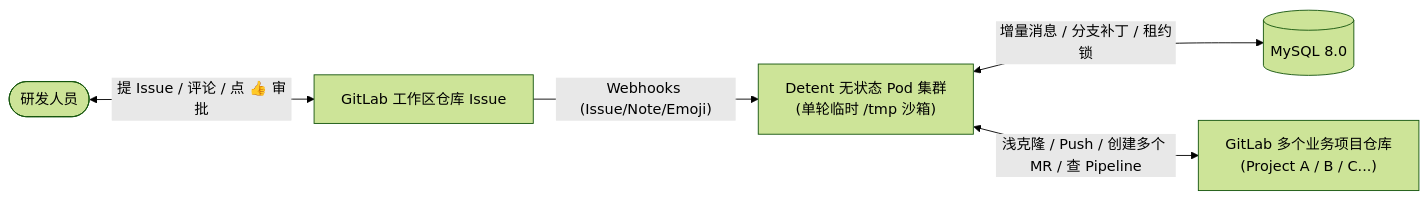
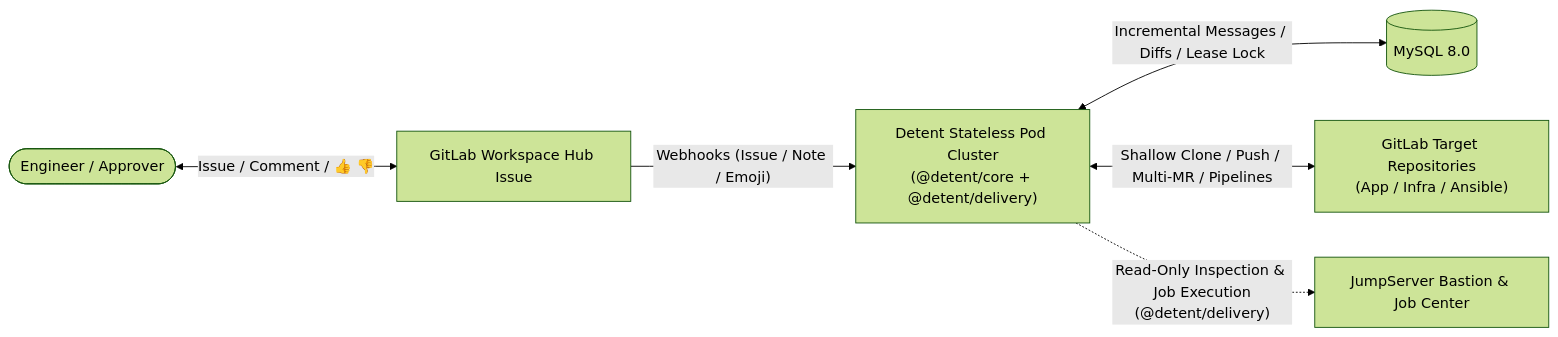
One commit to hallucination-studio/detent changed the diagram in README.md. Above: the diagram before and after it, drawn with Mermaid (forest theme). The commit also changed other lines of this file and 2 other files, not shown here.

Commit message:
ci: add GitHub Actions workflow and bilingual README

````diff
--- a/README.md
+++ b/README.md
@@ -38,7 +56,8 @@
 ```mermaid
 flowchart LR
-    User(["研发人员"]) <-->|"提 Issue / 评论 / 点 👍 审批"| HubIssue["GitLab 工作区仓库 Issue"]
-    HubIssue -->|"Webhooks (Issue/Note/Emoji)"| DetentPod["Detent 无状态 Pod 集群\n(单轮临时 /tmp 沙箱)"]
-    DetentPod <-->|"增量消息 / 分支补丁 / 租约锁"| MySQL[("MySQL 8.0")]
-    DetentPod <-->|"浅克隆 / Push / 创建多个 MR / 查 Pipeline"| TargetRepos["GitLab 多个业务项目仓库\n(Project A / B / C...)"]
+    User(["Engineer / Approver"]) <-->|"Issue / Comment / 👍 👎"| HubIssue["GitLab Workspace Hub Issue"]
+    HubIssue -->|"Webhooks (Issue / Note / Emoji)"| DetentPod["Detent Stateless Pod Cluster\n(@detent/core + @detent/delivery)"]
+    DetentPod <-->|"Incremental Messages / Diffs / Lease Lock"| MySQL[("MySQL 8.0")]
+    DetentPod <-->|"Shallow Clone / Push / Multi-MR / Pipelines"| TargetRepos["GitLab Target Repositories\n(App / Infra / Ansible)"]
+    DetentPod -.->|"Read-Only Inspection & Job Execution\n(@detent/delivery)"| JumpServer["JumpServer Bastion & Job Center"]
 ```
````
